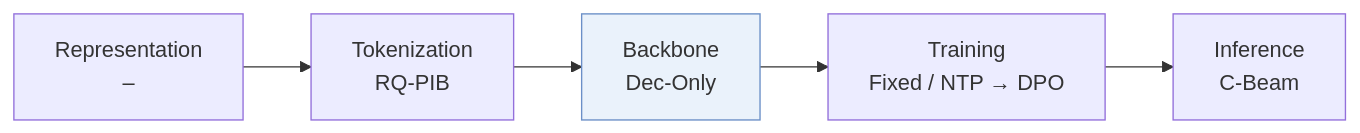
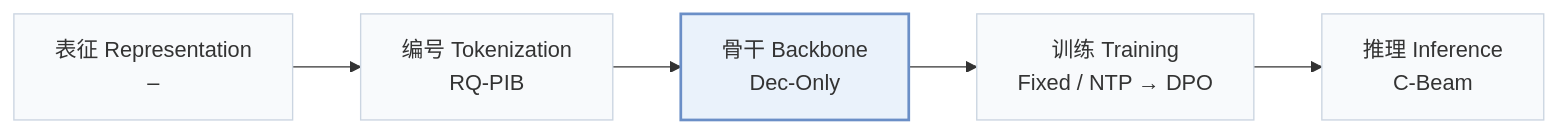
Before and after one commit to Galaxy-ghost/Awesome-SID-Generative-Rec: the first of 2 diagrams in pages/zh/papers/spar-youku.md, drawn with Mermaid. The commit also changed other lines of this file and 649 other files, not shown here.

Commit message:
writer-05: also tags and modality index (schema, check, build, visuals); summary field removed; calibration data for 12 papers

````diff
--- a/pages/zh/papers/spar-youku.md
+++ b/pages/zh/papers/spar-youku.md
@@ -13,6 +15,8 @@
 ```mermaid
 flowchart LR
-    R["Representation<br/>–"] --> T["Tokenization<br/>RQ-PIB"] --> B["Backbone<br/>Dec-Only"] --> TR["Training<br/>Fixed / NTP → DPO"] --> I["Inference<br/>C-Beam"]
-    classDef main fill:#eaf2fb,stroke:#6b8fc7
+    R["表征 Representation<br/>–"] --> T["编号 Tokenization<br/>RQ-PIB"] --> B["骨干 Backbone<br/>Dec-Only"] --> TR["训练 Training<br/>Fixed / NTP → DPO"] --> I["推理 Inference<br/>C-Beam"]
+    classDef base fill:#f8fafc,stroke:#cbd5e1
+    class R,T,B,TR,I base
+    classDef main fill:#eaf2fb,stroke:#6b8fc7,stroke-width:2px
     class B main
 ```
````
